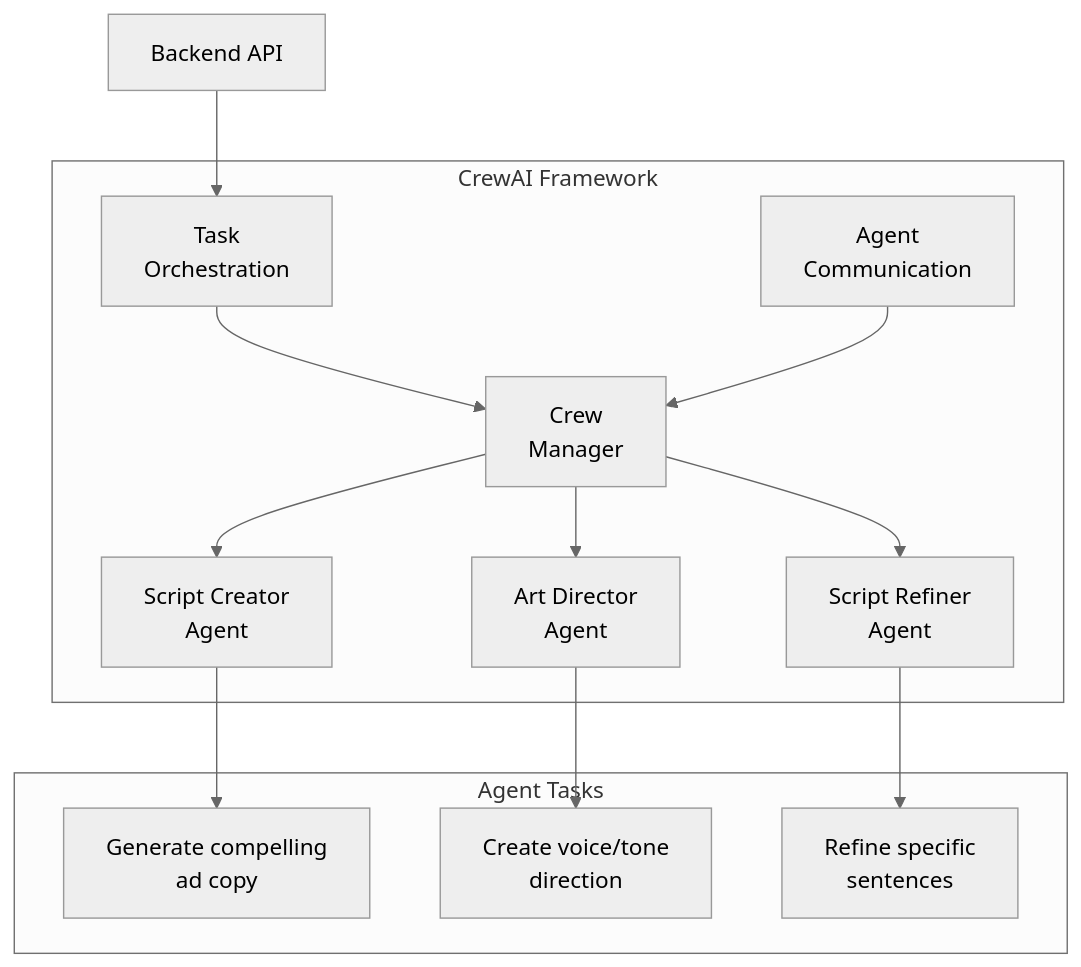
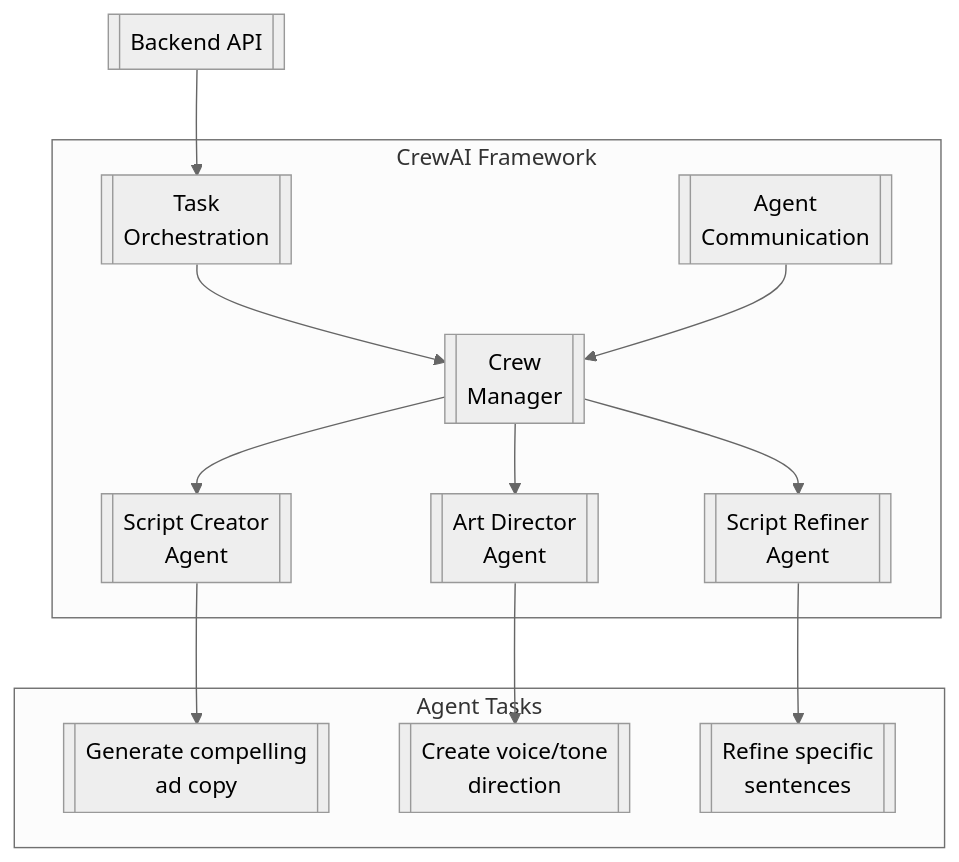
One commit to abhivir-42/marketing-app-ad-gen changed the sixth of 7 diagrams in project-presentation.md. Above: the diagram before and after it, drawn with Mermaid (neutral theme). The commit also changed other lines of this file and 1 other file, not shown here.

Commit message:
Feat: Enhance project diagrams

````diff
--- a/project-presentation.md
+++ b/project-presentation.md
@@ -534,18 +540,18 @@
 ```mermaid
 graph TD
     subgraph "CrewAI Framework"
-        A["Crew\nManager"] --> B["Script Creator\nAgent"]
-        A --> C["Art Director\nAgent"]
-        A --> D["Script Refiner\nAgent"]
-        E["Task\nOrchestration"] --> A
-        F["Agent\nCommunication"] --> A
+        A[["Crew<br>Manager"]] --> B[["Script Creator<br>Agent"]]
+        A --> C[["Art Director<br>Agent"]]
+        A --> D[["Script Refiner<br>Agent"]]
+        E[["Task<br>Orchestration"]] --> A
+        F[["Agent<br>Communication"]] --> A
     end
     
     subgraph "Agent Tasks"
-        B --> G["Generate compelling\nad copy"]
-        C --> H["Create voice/tone\ndirection"]
-        D --> I["Refine specific\nsentences"]
+        B --> G[["Generate compelling<br>ad copy"]]
+        C --> H[["Create voice/tone<br>direction"]]
+        D --> I[["Refine specific<br>sentences"]]
     end
     
-    J["Backend API"] --> E
+    J[["Backend API"]] --> E
 ```
````
